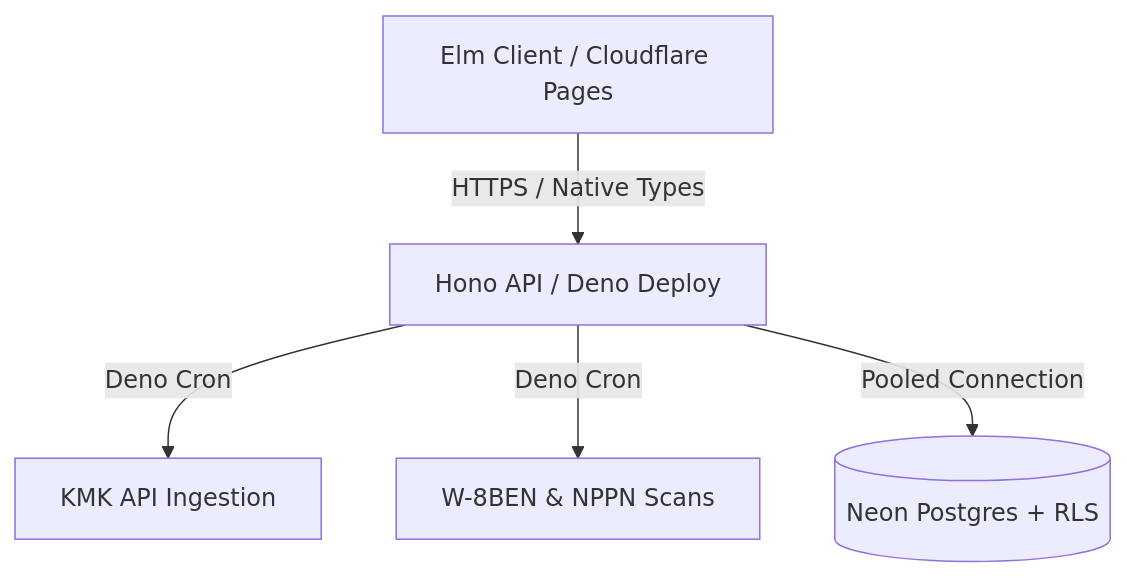
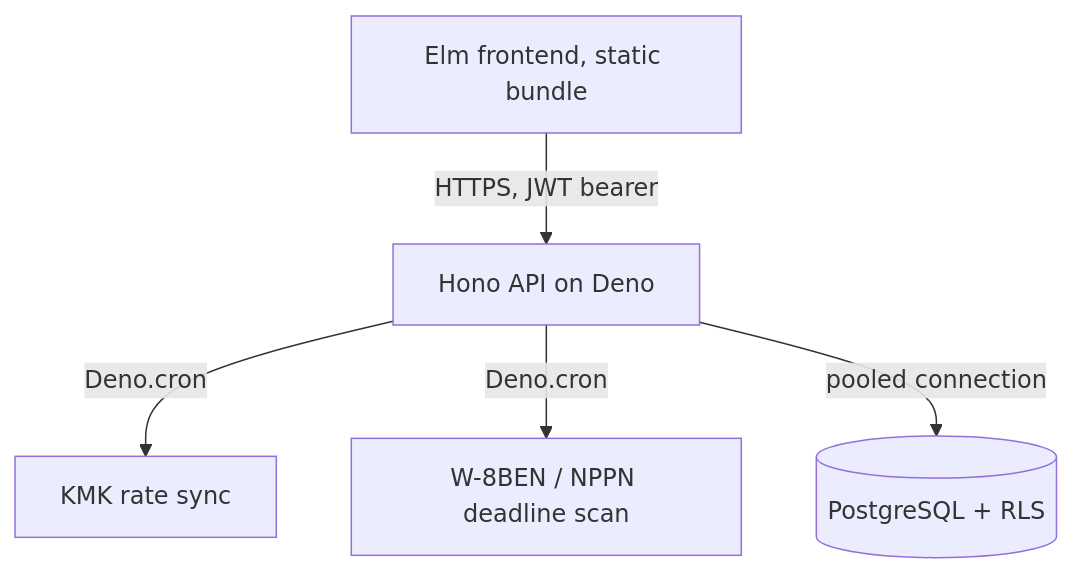
One commit to gulfaniputra/remote-rupiah changed the diagram in README.md. Above: the diagram before and after it, drawn with Mermaid. The commit also changed other lines of this file and 1 other file, not shown here.

````diff
--- a/README.md
+++ b/README.md
@@ -56,7 +95,7 @@
 ```mermaid
 graph TD
-    Client[Elm Client / Cloudflare Pages] -->|HTTPS / Native Types| Edge[Hono API / Deno Deploy]
-    Edge -->|Deno Cron| KMK[KMK API Ingestion]
-    Edge -->|Deno Cron| Compliance[W-8BEN & NPPN Scans]
-    Edge -->|Pooled Connection| DB[(Neon Postgres + RLS)]
+    Client[Elm frontend, static bundle] -->|HTTPS, JWT bearer| Edge[Hono API on Deno]
+    Edge -->|Deno.cron| KMK[KMK rate sync]
+    Edge -->|Deno.cron| Compliance[W-8BEN / NPPN deadline scan]
+    Edge -->|pooled connection| DB[(PostgreSQL + RLS)]
 ```
````
